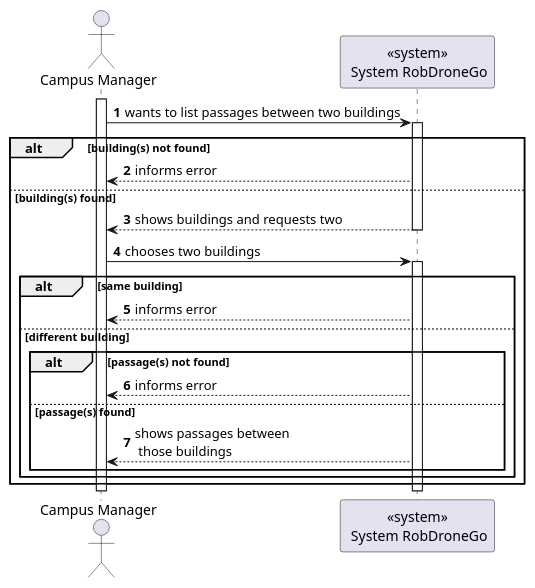
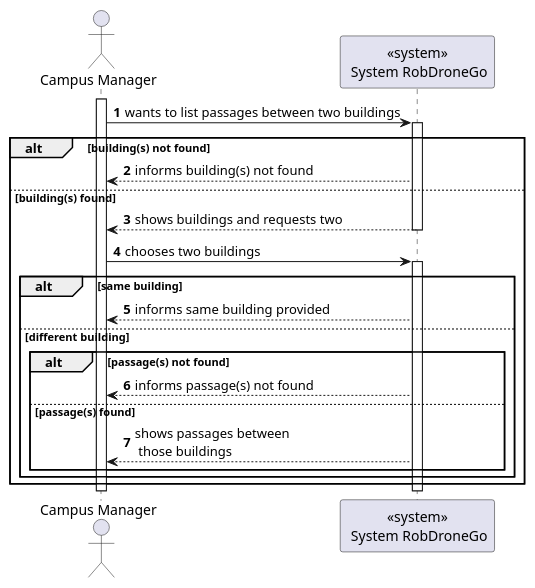
Before and after one commit to Departamento-de-Engenharia-Informatica/lapr5-23-24-g19: the diagram in docs/us1190/level1/process-view.puml, drawn with PlantUML. The commit also changed 4 other files, not shown here.

```diff
--- a/docs/us1190/level1/process-view.puml
+++ b/docs/us1190/level1/process-view.puml
@@ -1,35 +1,35 @@
 @startuml
 autonumber
 
 actor "Campus Manager" as usr
 
 participant "<<system>>\n System RobDroneGo" as sys
 
 activate usr
     usr -> sys : wants to list passages between two buildings
     activate sys
     alt building(s) not found
-            sys --> usr : informs error
+            sys --> usr : informs building(s) not found
         else building(s) found
             sys --> usr : shows buildings and requests two
         deactivate sys
 
 
     usr -> sys : chooses two buildings
     activate sys
 
     alt same building
-        sys --> usr: informs error
+        sys --> usr: informs same building provided
     else different building
 
         alt passage(s) not found
-            sys --> usr: informs error
+            sys --> usr: informs passage(s) not found
         else passage(s) found
             sys --> usr: shows passages between\n those buildings
             end
         end
     end
     deactivate sys
 deactivate usr
 
 @enduml
```
